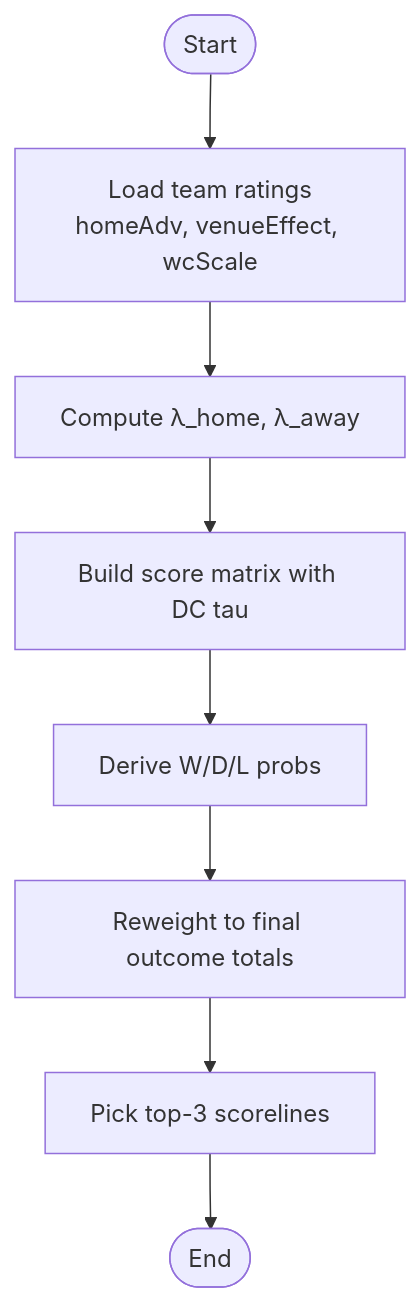
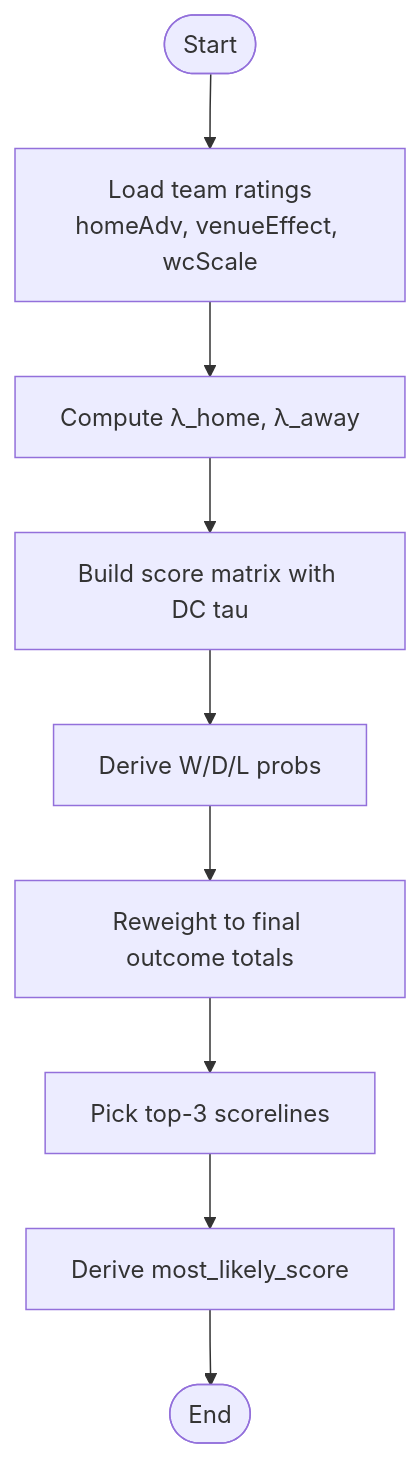
One commit to cheesiong/WC26-qwen changed the third of 11 diagrams in .qoder/repowiki/en/content/Prediction Engine/Prediction Engine.md. Above: the diagram before and after it, drawn with Mermaid. The commit also changed other lines of this file and 49 other files, not shown here.

````diff
--- a/.qoder/repowiki/en/content/Prediction Engine/Prediction Engine.md
+++ b/.qoder/repowiki/en/content/Prediction Engine/Prediction Engine.md
@@ -195,10 +209,11 @@
 ```mermaid
 flowchart TD
 Start(["Start"]) --> Params["Load team ratings<br/>homeAdv, venueEffect, wcScale"]
 Params --> Lambdas["Compute λ_home, λ_away"]
 Lambdas --> Matrix["Build score matrix with DC tau"]
 Matrix --> Outcomes["Derive W/D/L probs"]
 Outcomes --> Reweight["Reweight to final outcome totals"]
 Reweight --> TopScores["Pick top-3 scorelines"]
-TopScores --> End(["End"])
+TopScores --> MostLikely["Derive most_likely_score"]
+MostLikely --> End(["End"])
 ```
````
